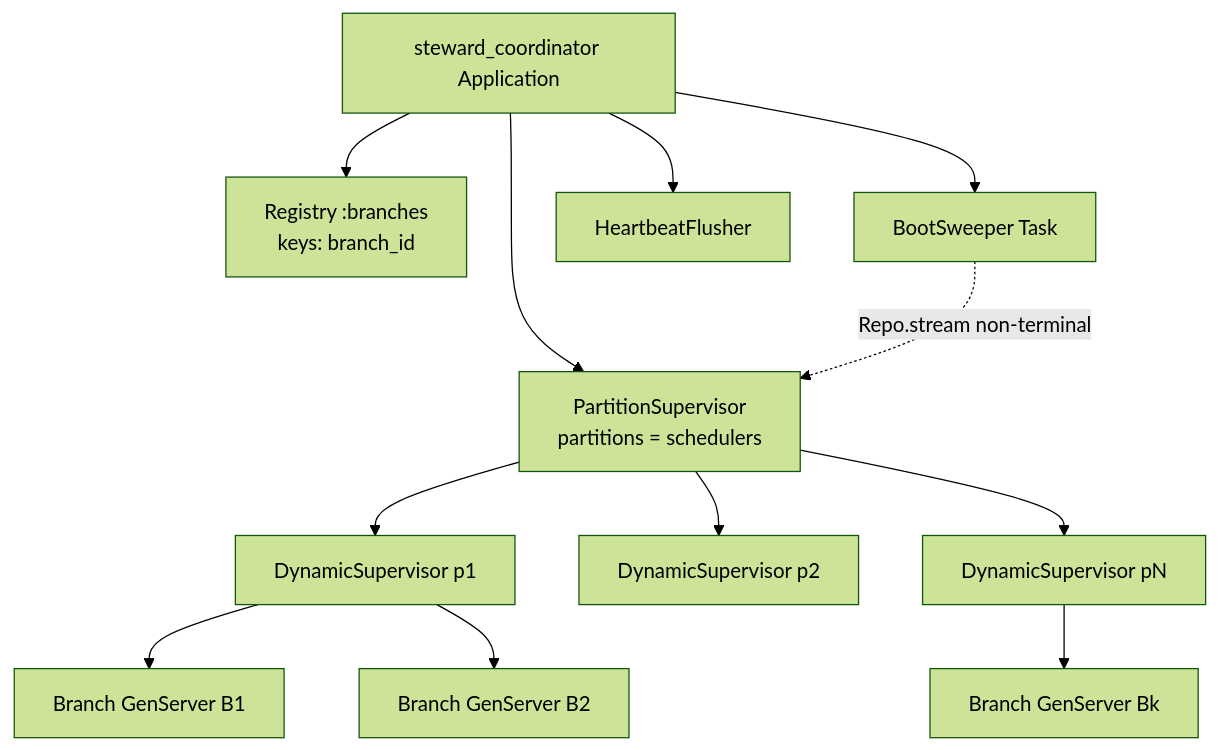
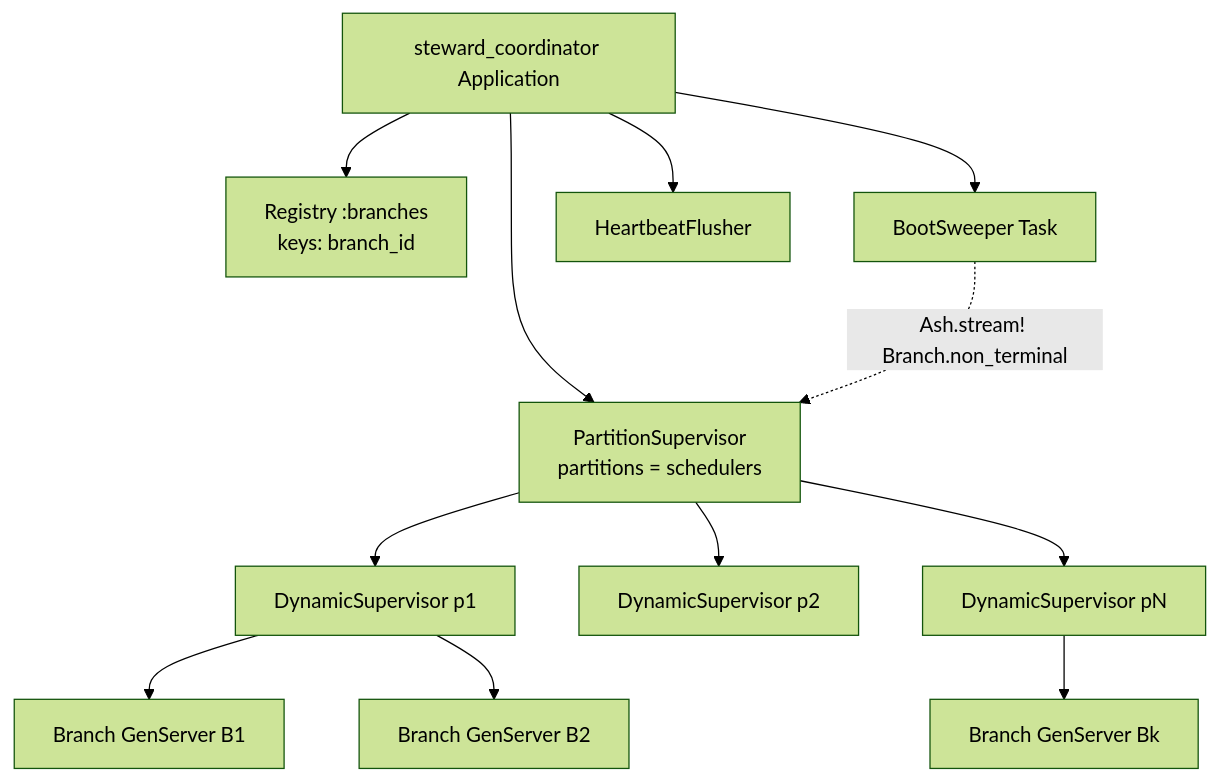
Before and after one commit to sunprema/steward: the first of 2 diagrams in docs/10-components/07-control-plane-and-review-queue.md, drawn with Mermaid (forest theme). The commit also changed other lines of this file and 9 other files, not shown here.

````diff
--- a/docs/10-components/07-control-plane-and-review-queue.md
+++ b/docs/10-components/07-control-plane-and-review-queue.md
@@ -76,15 +76,15 @@
 ```mermaid
 flowchart TB
     App[steward_coordinator Application]
     App --> Reg[Registry :branches<br/>keys: branch_id]
     App --> PS[PartitionSupervisor<br/>partitions = schedulers]
     PS --> DS1[DynamicSupervisor p1]
     PS --> DS2[DynamicSupervisor p2]
     PS --> DSn[DynamicSupervisor pN]
     DS1 --> B1[Branch GenServer B1]
     DS1 --> B2[Branch GenServer B2]
     DSn --> Bk[Branch GenServer Bk]
     App --> Boot[BootSweeper Task]
     App --> HF[HeartbeatFlusher]
-    Boot -.->|Repo.stream non-terminal| PS
+    Boot -.->|Ash.stream! Branch.non_terminal| PS
 ```
````
